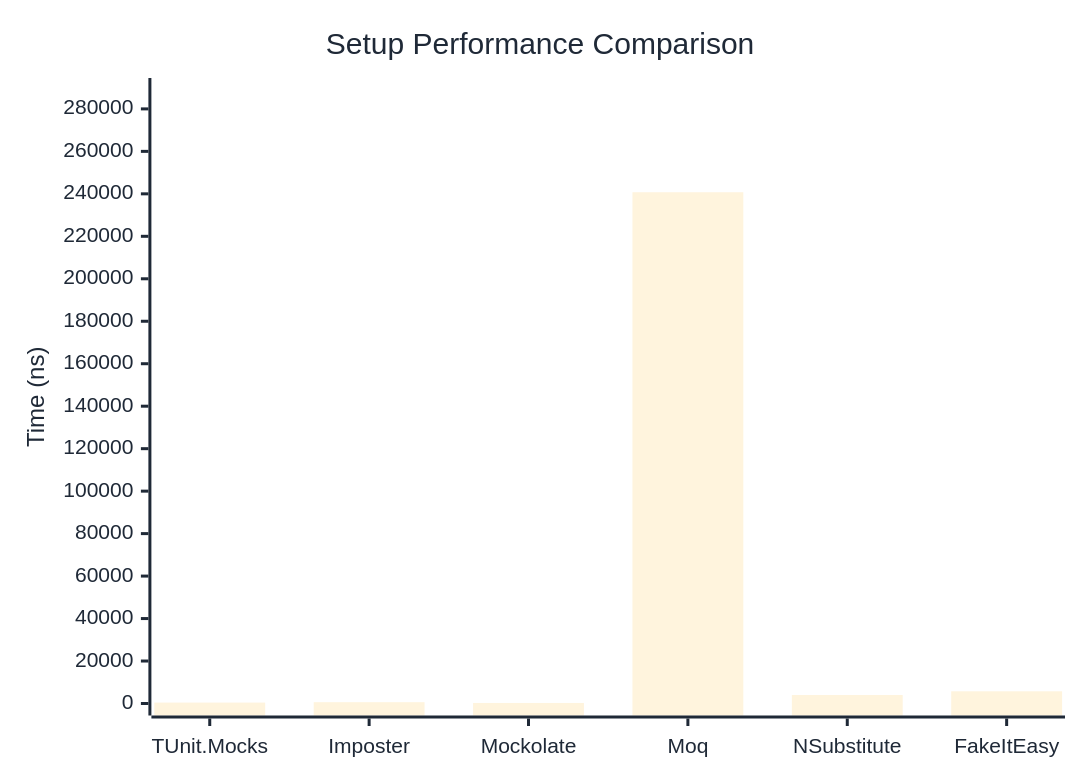
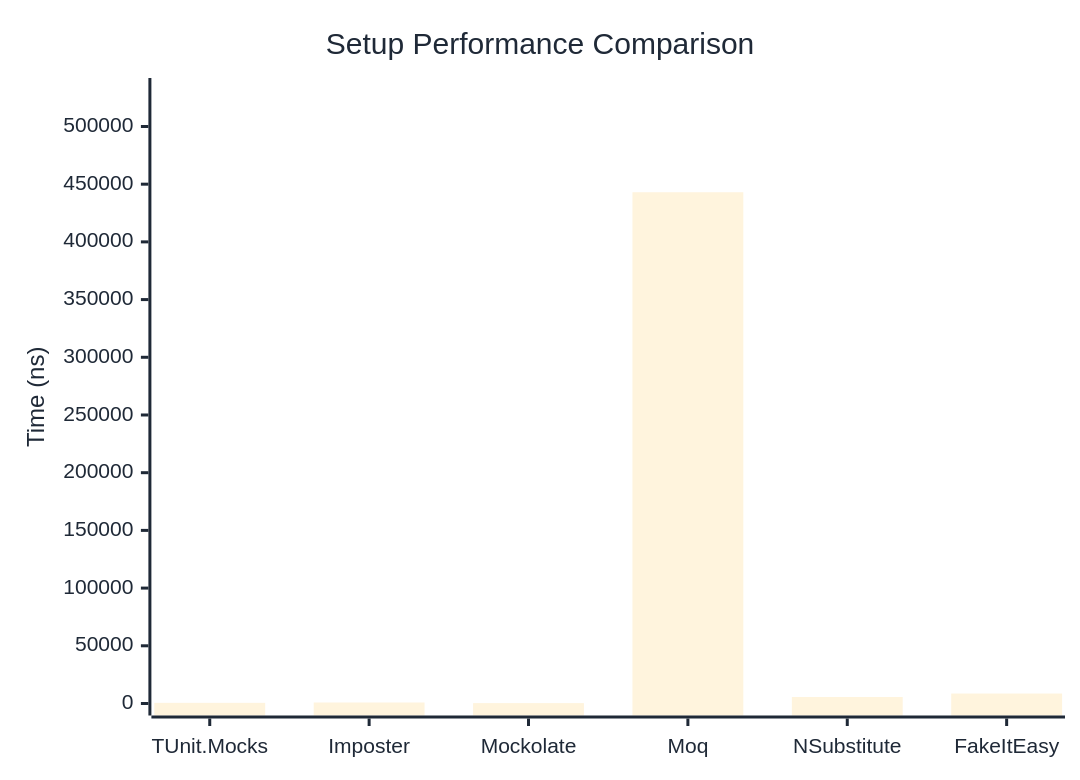
The first of 2 diagrams in docs/docs/benchmarks/mocks/Setup.md (thomhurst/TUnit), drawn with Mermaid before and after one commit. The commit also changed other lines of this file and 14 other files, not shown here.

````diff
--- a/docs/docs/benchmarks/mocks/Setup.md
+++ b/docs/docs/benchmarks/mocks/Setup.md
@@ -30,27 +30,27 @@
 ```mermaid
 %%{init: {
   'theme':'base',
   'themeVariables': {
     'primaryColor': '#2563eb',
     'primaryTextColor': '#1f2937',
     'primaryBorderColor': '#1e40af',
     'lineColor': '#6b7280',
     'secondaryColor': '#7c3aed',
     'tertiaryColor': '#dc2626',
     'background': '#ffffff',
     'pie1': '#2563eb',
     'pie2': '#7c3aed',
     'pie3': '#dc2626',
     'pie4': '#f59e0b',
     'pie5': '#10b981',
     'pie6': '#06b6d4',
     'pie7': '#ec4899',
     'pie8': '#6366f1'
   }
 }}%%
 xychart-beta
   title "Setup Performance Comparison"
   x-axis ["TUnit.Mocks", "Imposter", "Mockolate", "Moq", "NSubstitute", "FakeItEasy"]
-  y-axis "Time (ns)" 0 --> 288897
-  bar [432.4, 613.6, 259.4, 240747.4, 3992.4, 5743.4]
+  y-axis "Time (ns)" 0 --> 531605
+  bar [573.8, 874.8, 334.9, 443003.9, 5644.4, 8639.6]
 ```
````
